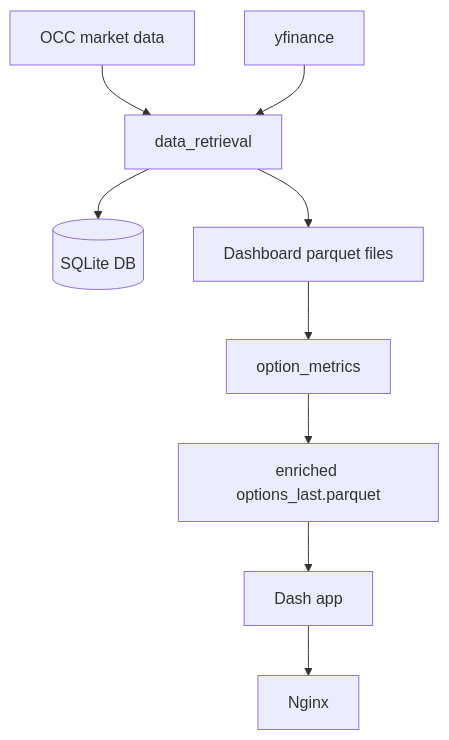
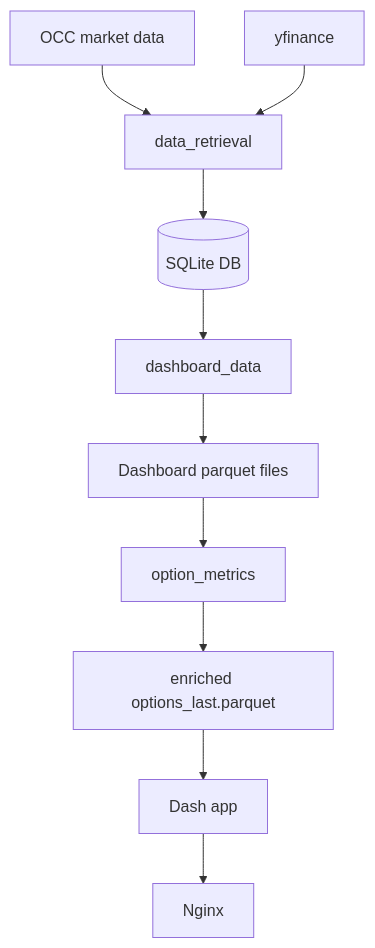
Before and after one commit to rmoser1/equity-options-dashboard: the diagram in docs/architecture.md, drawn with Mermaid. The commit also changed other lines of this file and 11 other files, not shown here.

First line of the commit message:
Split dashboard data export into separate Compose service

````diff
--- a/docs/architecture.md
+++ b/docs/architecture.md
@@ -3,11 +3,12 @@
 ```{mermaid}
 flowchart TD
     OCC[OCC market data] --> DR[data_retrieval]
     YF[yfinance] --> DR
     DR --> DB[(SQLite DB)]
-    DR --> PQ[Dashboard parquet files]
+    DB --> DD[dashboard_data]
+    DD --> PQ[Dashboard parquet files]
     PQ --> OM[option_metrics]
     OM --> Enriched[enriched options_last.parquet]
     Enriched --> APP[Dash app]
     APP --> NGINX[Nginx]
 ```
````
